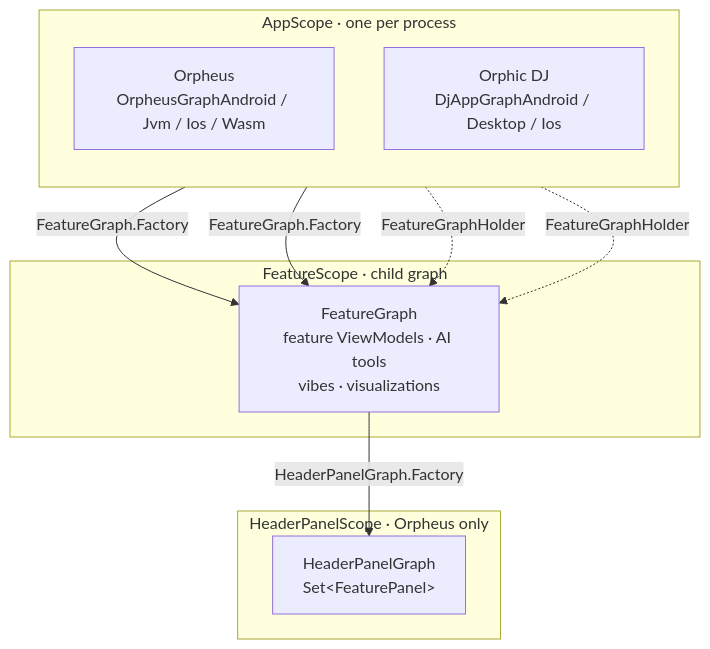
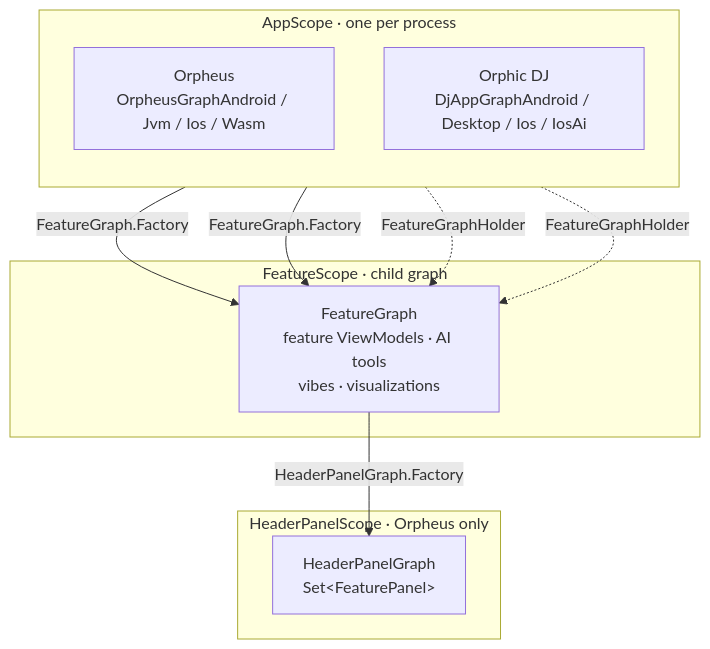
One commit to balch/orphic-fm-app changed the diagram in docs/di-architecture.md. Above: the diagram before and after it, drawn with Mermaid. The commit also changed other lines of this file and 13 other files, not shown here.

First line of the commit message:
feat(djapp/ios): the AI app on iPad builds the AI graph

````diff
--- a/docs/di-architecture.md
+++ b/docs/di-architecture.md
@@ -10,23 +10,23 @@
 ```mermaid
 graph TD
     subgraph app["AppScope · one per process"]
         direction TB
         ORPH["Orpheus<br/>OrpheusGraphAndroid / Jvm / Ios / Wasm"]
-        DJ["Orphic DJ<br/>DjAppGraphAndroid / Desktop / Ios"]
+        DJ["Orphic DJ<br/>DjAppGraphAndroid / Desktop / Ios / IosAi"]
     end
 
     subgraph feat["FeatureScope · child graph"]
         FG["FeatureGraph<br/>feature ViewModels · AI tools<br/>vibes · visualizations"]
     end
 
     subgraph hdr["HeaderPanelScope · Orpheus only"]
         HG["HeaderPanelGraph<br/>Set&lt;FeaturePanel&gt;"]
     end
 
     ORPH -->|FeatureGraph.Factory| FG
     DJ -->|FeatureGraph.Factory| FG
     FG -->|HeaderPanelGraph.Factory| HG
 
     ORPH -.->|FeatureGraphHolder| FG
     DJ -.->|FeatureGraphHolder| FG
 ```
````
